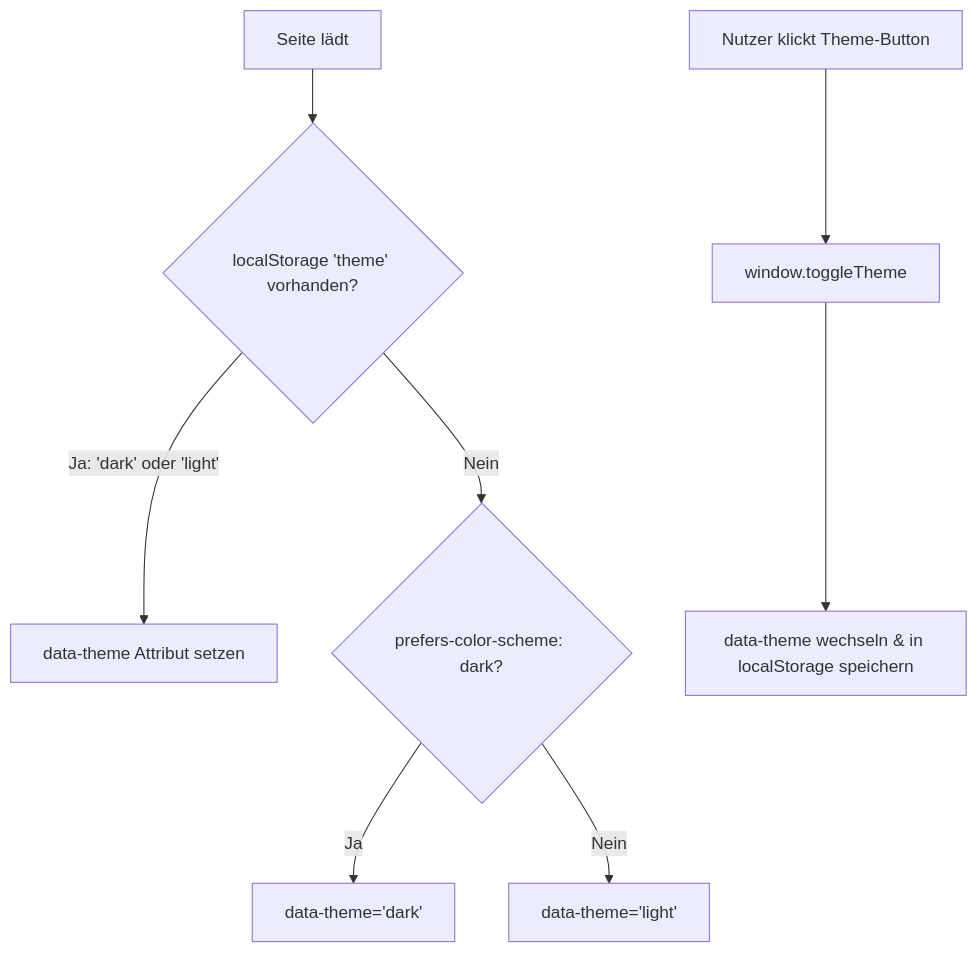
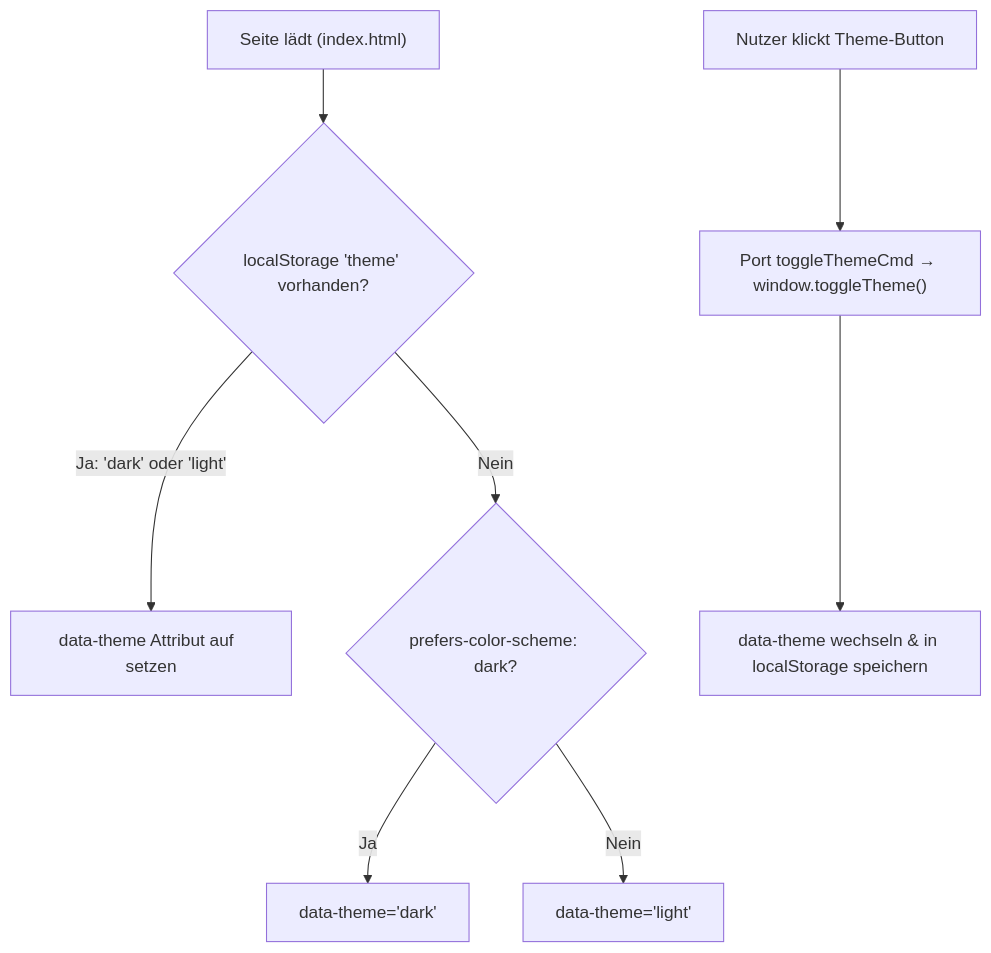
One commit to Der-Mehlmann/KrokenKompass changed the diagram in docs/🎨-UI,-Theming-&-Design‐System.md. Above: the diagram before and after it, drawn with Mermaid. The commit also changed other lines of this file and 9 other files, not shown here.

````diff
--- a/docs/🎨-UI,-Theming-&-Design‐System.md
+++ b/docs/🎨-UI,-Theming-&-Design‐System.md
@@ -9,10 +9,10 @@
 ```mermaid
 flowchart TD
-    Init[Seite lädt] --> CheckLocal{localStorage 'theme' vorhanden?}
-    CheckLocal -->|Ja: 'dark' oder 'light'| ApplySaved[data-theme Attribut setzen]
-    CheckLocal -->|Nein| CheckOS{prefers-color-scheme: dark?}
-    CheckOS -->|Ja| ApplyDark[data-theme='dark']
-    CheckOS -->|Nein| ApplyLight[data-theme='light']
-    UserToggle[Nutzer klickt Theme-Button] --> ToggleFn[window.toggleTheme]
-    ToggleFn --> UpdateAttr[data-theme wechseln & in localStorage speichern]
+    Init["Seite lädt (index.html)"] --> CheckLocal{"localStorage 'theme' vorhanden?"}
+    CheckLocal -->|"Ja: 'dark' oder 'light'"| ApplySaved["data-theme Attribut auf <html> setzen"]
+    CheckLocal -->|"Nein"| CheckOS{"prefers-color-scheme: dark?"}
+    CheckOS -->|"Ja"| ApplyDark["data-theme='dark'"]
+    CheckOS -->|"Nein"| ApplyLight["data-theme='light'"]
+    UserToggle["Nutzer klickt Theme-Button"] --> ToggleFn["Port toggleThemeCmd → window.toggleTheme()"]
+    ToggleFn --> UpdateAttr["data-theme wechseln & in localStorage speichern"]
 ```
````
